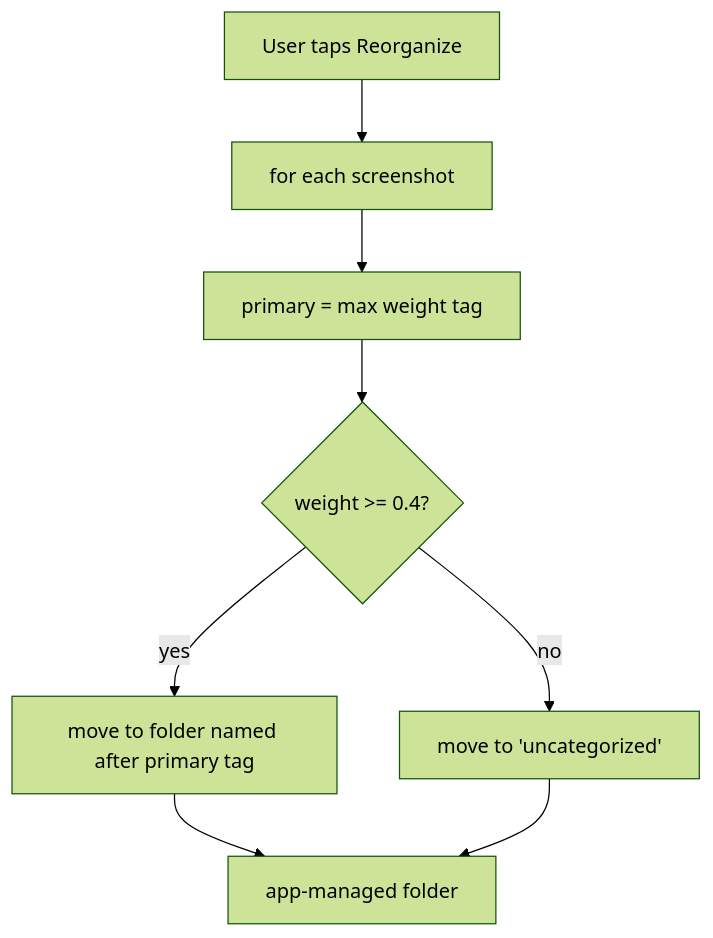
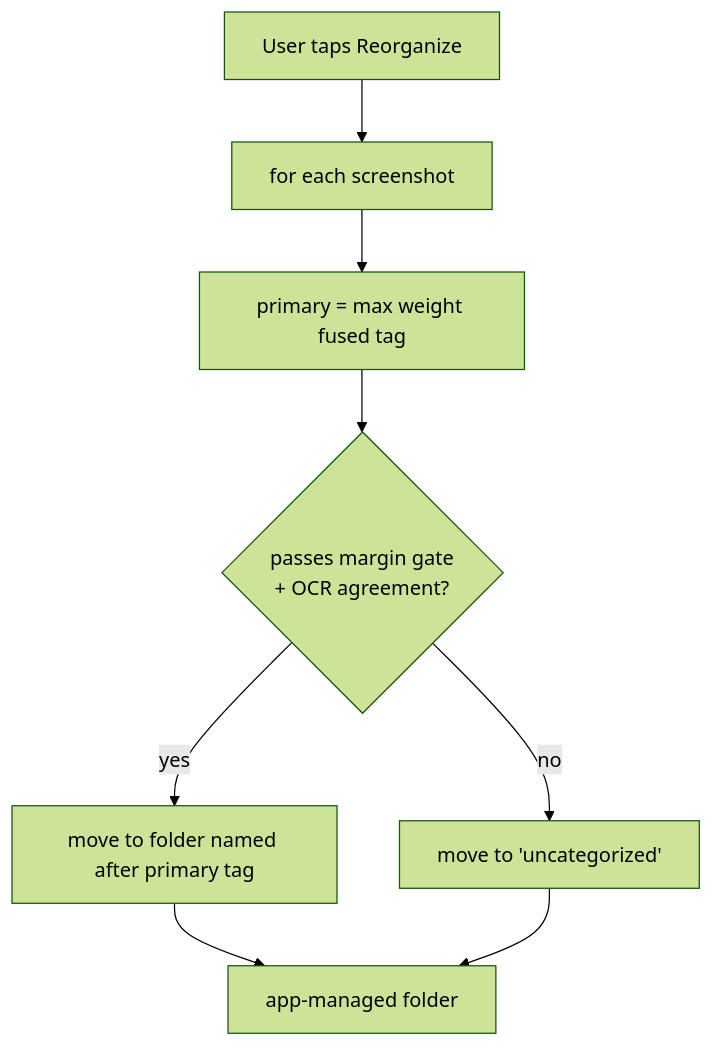
The eighth of 8 diagrams in docs/design.md (jehadbaeth/sshot-classifier), drawn with Mermaid (forest theme) before and after one commit. The commit also changed other lines of this file and 6 other files, not shown here.

````diff
--- a/docs/design.md
+++ b/docs/design.md
@@ -327,10 +353,10 @@
 ```mermaid
 flowchart TD
     T[User taps Reorganize] --> L[for each screenshot]
-    L --> P[primary = max weight tag]
-    P --> C{weight >= 0.4?}
+    L --> P[primary = max weight fused tag]
+    P --> C{passes margin gate<br/>+ OCR agreement?}
     C -->|yes| MV[move to folder named after primary tag]
     C -->|no| U[move to 'uncategorized']
     MV --> APP[app-managed folder]
     U --> APP
 ```
````
